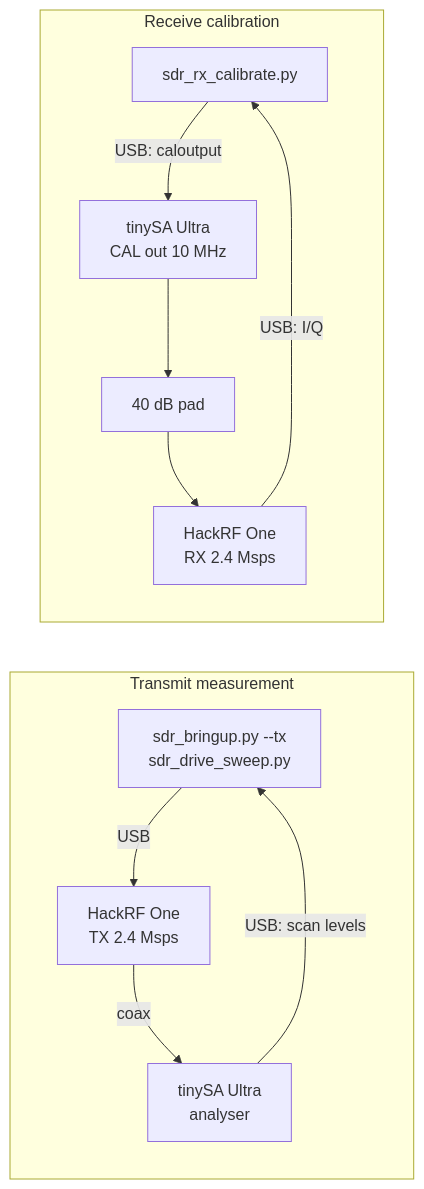
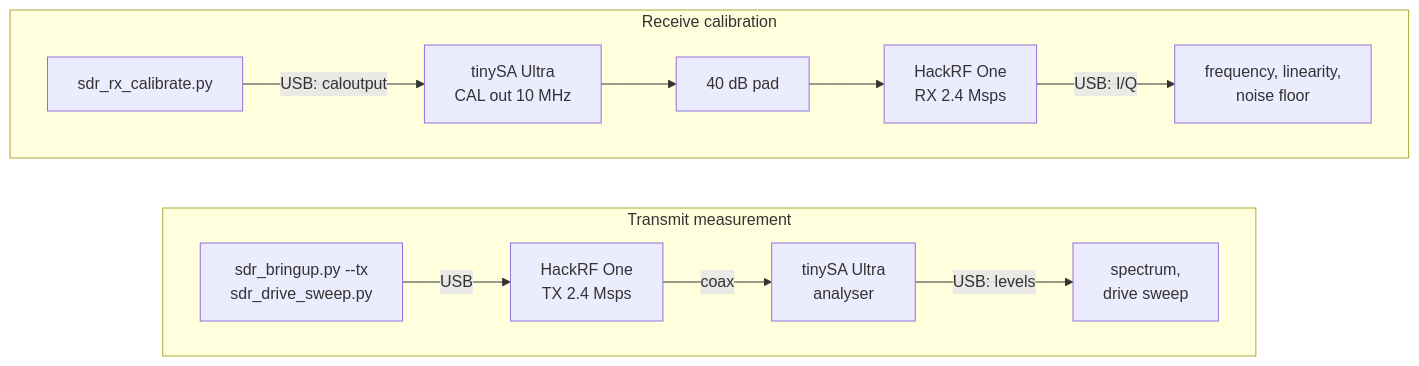
Before and after one commit to phoenix367/ham_ofdm_transceiver: the diagram in technical-report/images/sdr_setup_analyzer.mmd, drawn with Mermaid. The commit also changed 6 other files, not shown here.

First line of the commit message:
report: lay the two setup diagrams out horizontally

```diff
--- a/technical-report/images/sdr_setup_analyzer.mmd
+++ b/technical-report/images/sdr_setup_analyzer.mmd
@@ -1,18 +1,13 @@
 flowchart LR
     subgraph TXM["Transmit measurement"]
-        PC1["sdr_bringup.py --tx<br/>sdr_drive_sweep.py"]
-        H1["HackRF One<br/>TX 2.4 Msps"]
-        SA1["tinySA Ultra<br/>analyser"]
+        direction LR
+        P1["sdr_bringup.py --tx<br/>sdr_drive_sweep.py"] -->|"USB"| H1["HackRF One<br/>TX 2.4 Msps"]
+        H1 -->|"coax"| S1["tinySA Ultra<br/>analyser"]
+        S1 -->|"USB: levels"| R1["spectrum,<br/>drive sweep"]
     end
     subgraph RXM["Receive calibration"]
-        PC3["sdr_rx_calibrate.py"]
-        SA2["tinySA Ultra<br/>CAL out 10 MHz"]
-        AT["40 dB pad"]
-        H2["HackRF One<br/>RX 2.4 Msps"]
+        direction LR
+        P2["sdr_rx_calibrate.py"] -->|"USB: caloutput"| S2["tinySA Ultra<br/>CAL out 10 MHz"]
+        S2 --> AT["40 dB pad"] --> H2["HackRF One<br/>RX 2.4 Msps"]
+        H2 -->|"USB: I/Q"| R2["frequency, linearity,<br/>noise floor"]
     end
-    PC1 -->|"USB"| H1
-    H1 -->|"coax"| SA1
-    SA1 -->|"USB: scan levels"| PC1
-    PC3 -->|"USB: caloutput"| SA2
-    SA2 --> AT --> H2
-    H2 -->|"USB: I/Q"| PC3
```
